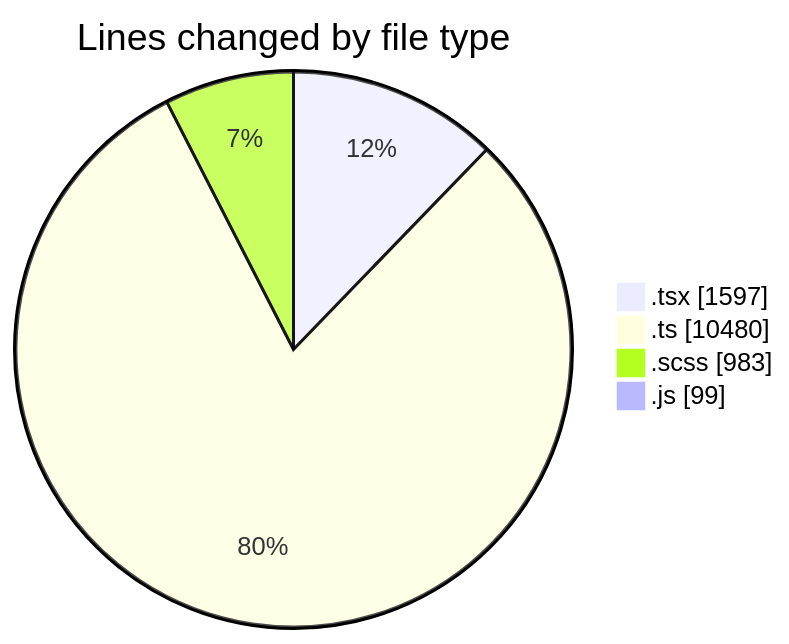
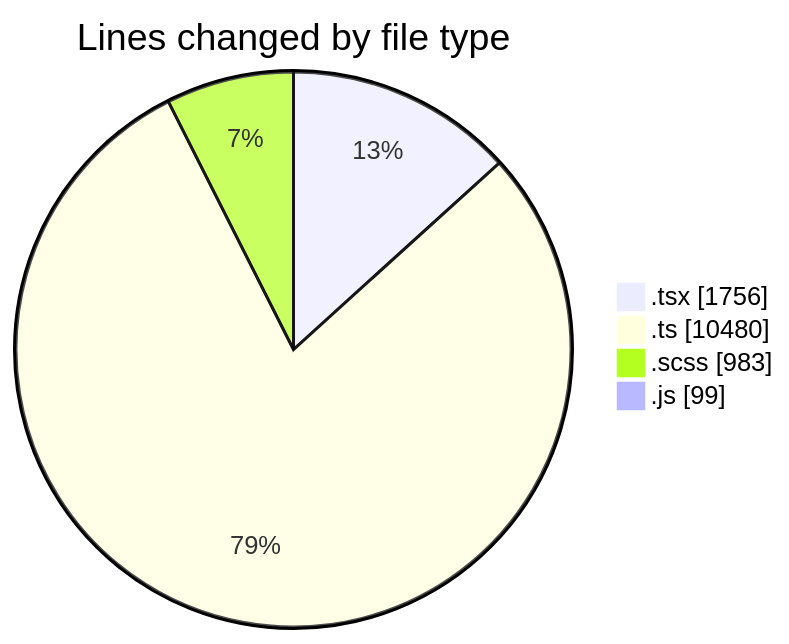
Before and after one commit to momahboobian/code-tracking: the first of 2 diagrams in 2025-03-26/cda/README.md, drawn with Mermaid. The commit also changed other lines of this file and 1 other file, not shown here.

````diff
--- a/2025-03-26/cda/README.md
+++ b/2025-03-26/cda/README.md
@@ -44,8 +45,8 @@
 ```mermaid
 pie showData
 title Lines changed by file type
-".tsx" : 1597
+".tsx" : 1756
 ".ts" : 10480
 ".scss" : 983
 ".js" : 99
 ```
````
